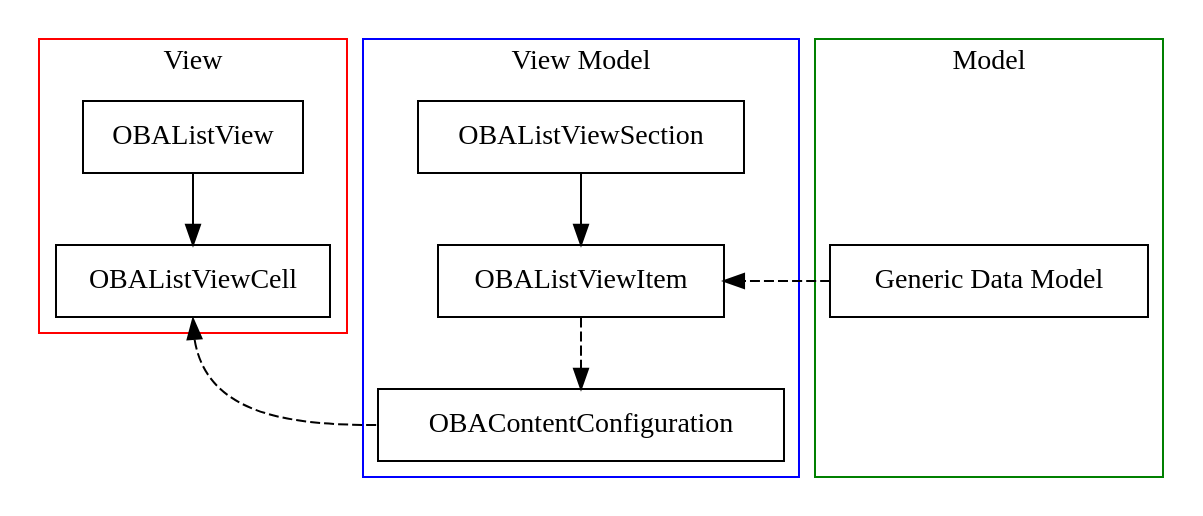
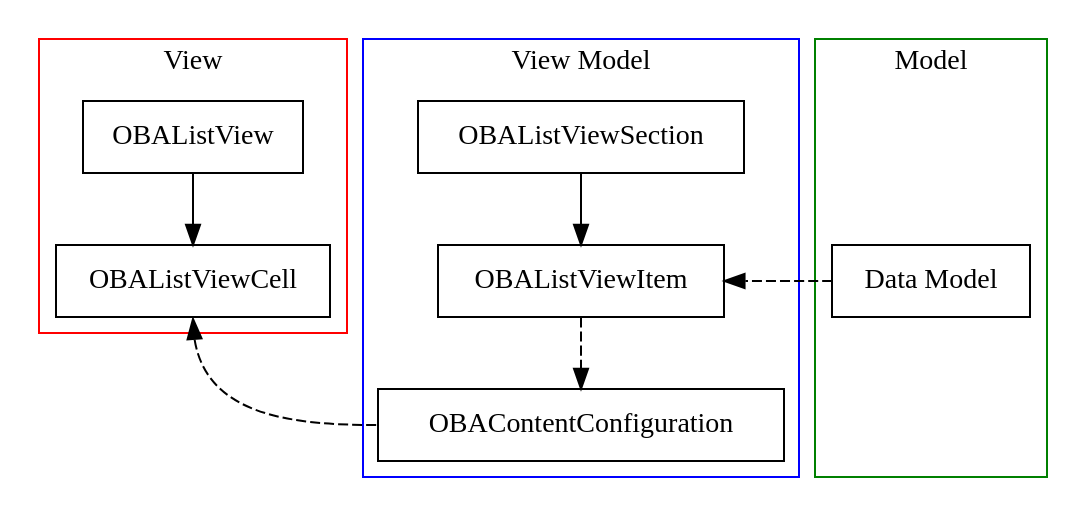
The diagram in OBAListView.md (ualch9/OBAListView), drawn with Graphviz before and after one commit. The commit also changed other lines of this file and 1 other file, not shown here.

Commit message:
add creating view model

````diff
--- a/OBAListView.md
+++ b/OBAListView.md
@@ -13,40 +13,40 @@
 ```graphviz
 # use `dot` engine to render.
 digraph G {
     node[shape=box]
     listview[label="OBAListView"]
     listcell[label="OBAListViewCell"]
     contentconfig[label="OBAContentConfiguration"]
     listitem[label="OBAListViewItem"]
     listsection[label="OBAListViewSection"]
-    genericmodel[label="Generic Data Model"]
+    datamodel[label="Data Model"]
     
     listcell:s -> contentconfig:w [style=dashed, dir=back]
     listitem -> contentconfig [style=dashed]
 
     subgraph cluster_0 {
         node [style=filled]
         listview -> listcell
         label = "View"
         color=red
     }
     
     subgraph cluster_1 {
         node [style=filled]
         listsection -> listitem
         contentconfig
         label = "View Model"
         color=blue
     }
     
     subgraph cluster_2 {
         inv0[style = invis] 
-        inv0 -> genericmodel [style=invis]
+        inv0 -> datamodel [style=invis]
         inv1[style = invis]
-        genericmodel -> inv1 [style=invis]
-        genericmodel:w -> listitem [constraint=false, style=dashed]
+        datamodel -> inv1 [style=invis]
+        datamodel:w -> listitem [constraint=false, style=dashed]
         label="Model"
         color=green
     }
 }
 ```
````
